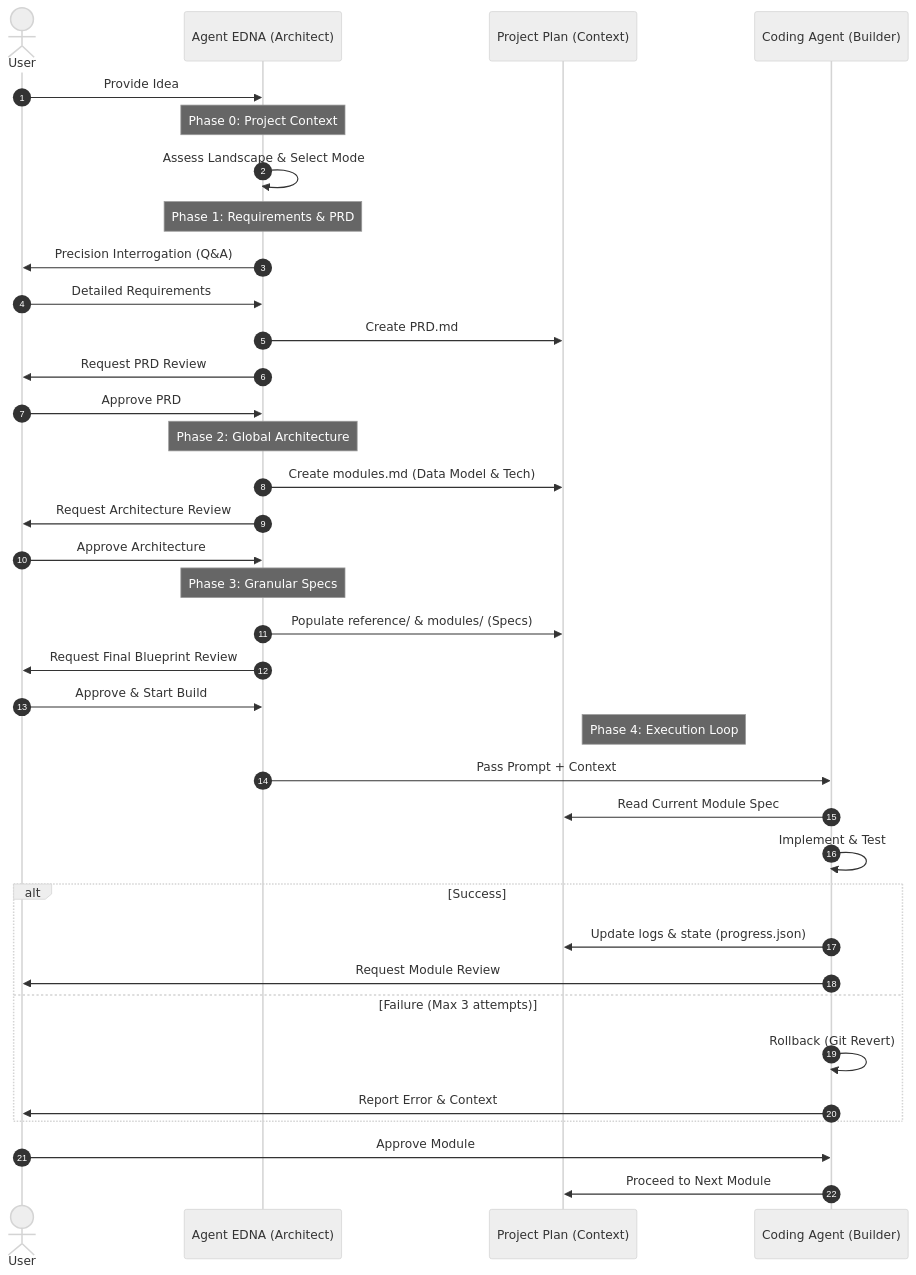
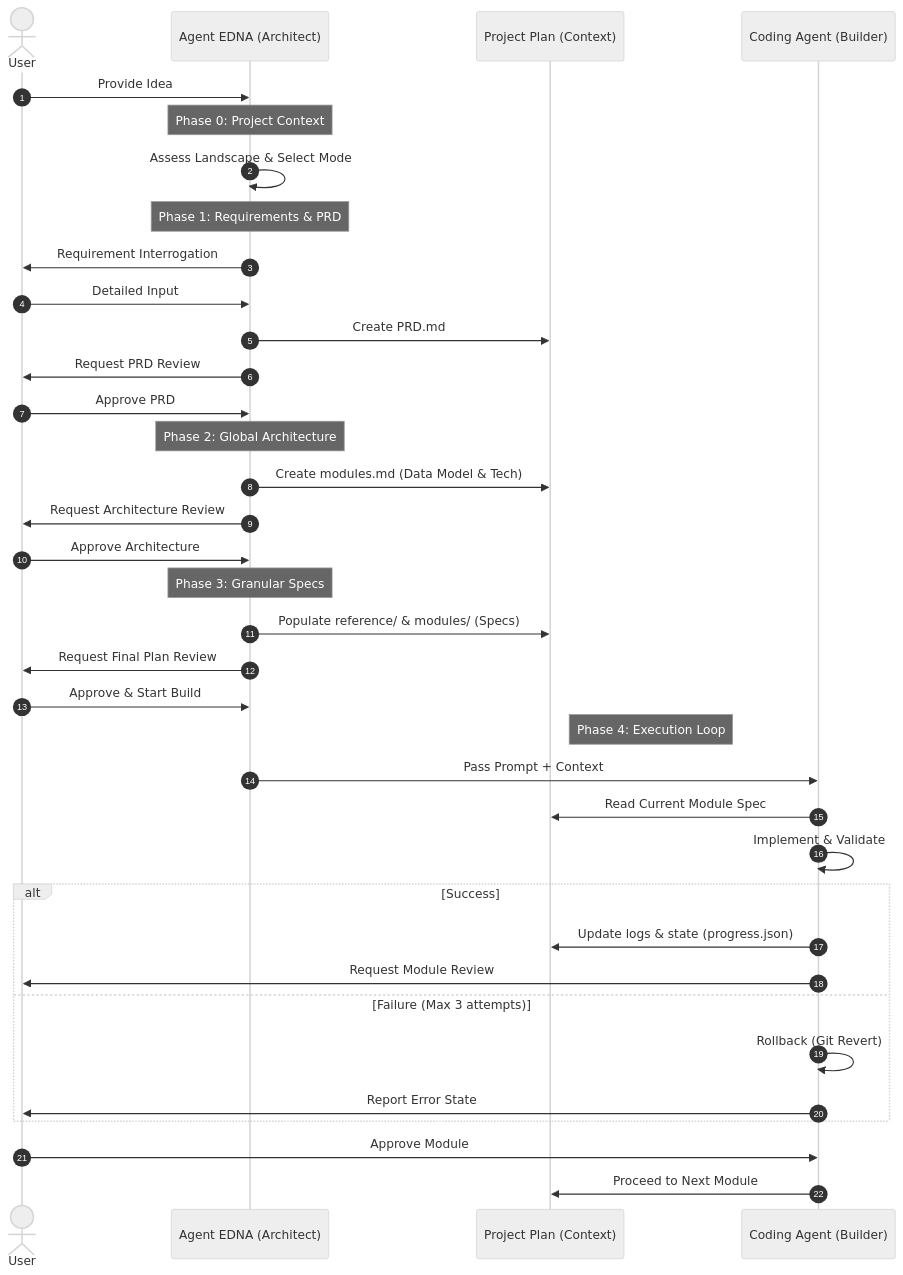
Before and after one commit to arinadi/EDNA: the diagram in how_it_works.md, drawn with Mermaid (neutral theme). The commit also changed other lines of this file, not shown here.

````diff
--- a/how_it_works.md
+++ b/how_it_works.md
@@ -37,46 +36,46 @@
 ```mermaid
 sequenceDiagram
     autonumber
     actor User
     participant EDNA as Agent EDNA (Architect)
     participant Plan as Project Plan (Context)
     participant Coder as Coding Agent (Builder)
 
     User->>EDNA: Provide Idea
     
     Note over EDNA: Phase 0: Project Context
     EDNA->>EDNA: Assess Landscape & Select Mode
     
     Note over EDNA: Phase 1: Requirements & PRD
-    EDNA->>User: Precision Interrogation (Q&A)
-    User->>EDNA: Detailed Requirements
+    EDNA->>User: Requirement Interrogation
+    User->>EDNA: Detailed Input
     EDNA->>Plan: Create PRD.md
     EDNA->>User: Request PRD Review
     User->>EDNA: Approve PRD
     
     Note over EDNA: Phase 2: Global Architecture
     EDNA->>Plan: Create modules.md (Data Model & Tech)
     EDNA->>User: Request Architecture Review
     User->>EDNA: Approve Architecture
     
     Note over EDNA: Phase 3: Granular Specs
     EDNA->>Plan: Populate reference/ & modules/ (Specs)
     
-    EDNA->>User: Request Final Blueprint Review
+    EDNA->>User: Request Final Plan Review
     User->>EDNA: Approve & Start Build
     
     Note right of Plan: Phase 4: Execution Loop
     EDNA->>Coder: Pass Prompt + Context
     Coder->>Plan: Read Current Module Spec
-    Coder->>Coder: Implement & Test
+    Coder->>Coder: Implement & Validate
     alt Success
         Coder->>Plan: Update logs & state (progress.json)
         Coder->>User: Request Module Review
     else Failure (Max 3 attempts)
         Coder->>Coder: Rollback (Git Revert)
-        Coder->>User: Report Error & Context
+        Coder->>User: Report Error State
     end
     
     User->>Coder: Approve Module
     Coder->>Plan: Proceed to Next Module
 ```
````
